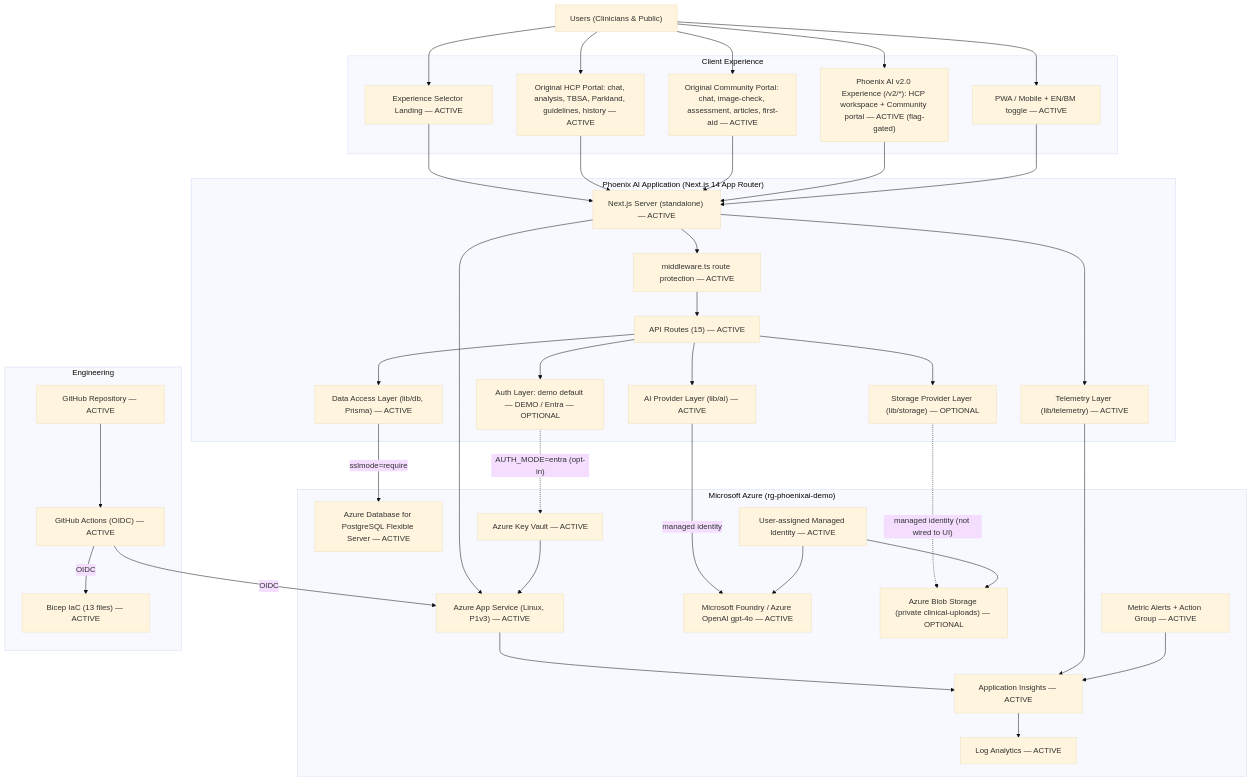
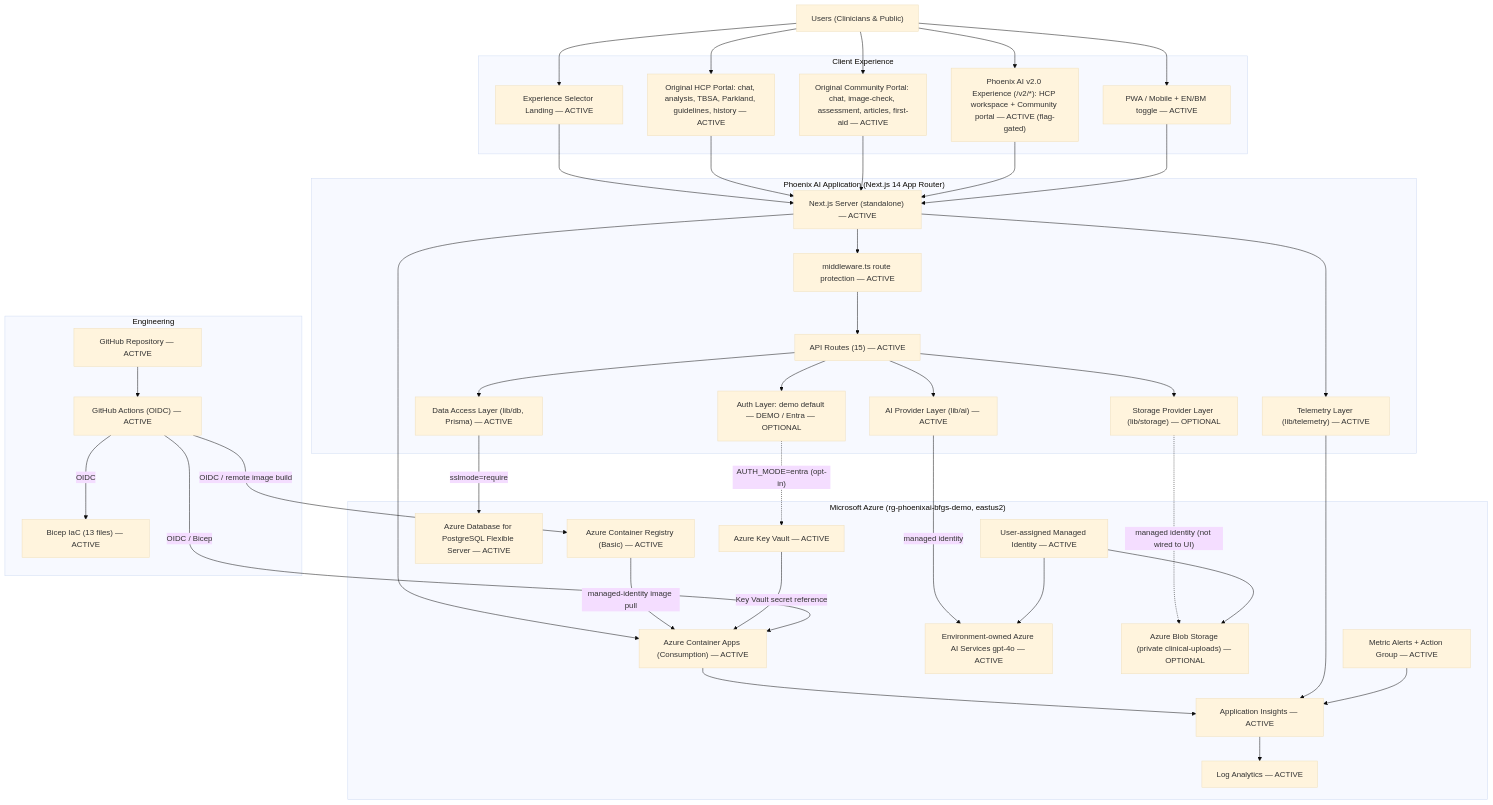
One commit to polyfuze4336-bot/phoenix-ai-azure changed the diagram in docs/architecture/current-architecture.md. Above: the diagram before and after it, drawn with Mermaid (base theme). The commit also changed other lines of this file and 31 other files, not shown here.

Commit message:
feat(azure): deploy Phoenix AI to Container Apps

````diff
--- a/docs/architecture/current-architecture.md
+++ b/docs/architecture/current-architecture.md
@@ -54,79 +55,82 @@
 ```mermaid
 flowchart TB
     Users["Users (Clinicians & Public)"]
 
     subgraph CLIENT["Client Experience"]
         Landing["Experience Selector Landing — ACTIVE"]
         HCP["Original HCP Portal: chat, analysis, TBSA, Parkland, guidelines, history — ACTIVE"]
         Community["Original Community Portal: chat, image-check, assessment, articles, first-aid — ACTIVE"]
         V2["Phoenix AI v2.0 Experience (/v2/*): HCP workspace + Community portal — ACTIVE (flag-gated)"]
         PWA["PWA / Mobile + EN/BM toggle — ACTIVE"]
     end
 
     subgraph APP["Phoenix AI Application (Next.js 14 App Router)"]
         Next["Next.js Server (standalone) — ACTIVE"]
         MW["middleware.ts route protection — ACTIVE"]
         API["API Routes (15) — ACTIVE"]
         Auth["Auth Layer: demo default — DEMO / Entra — OPTIONAL"]
         AIProvider["AI Provider Layer (lib/ai) — ACTIVE"]
         Data["Data Access Layer (lib/db, Prisma) — ACTIVE"]
         Storage["Storage Provider Layer (lib/storage) — OPTIONAL"]
         Telemetry["Telemetry Layer (lib/telemetry) — ACTIVE"]
     end
 
-    subgraph AZURE["Microsoft Azure (rg-phoenixai-demo)"]
-        AppService["Azure App Service (Linux, P1v3) — ACTIVE"]
-        Foundry["Microsoft Foundry / Azure OpenAI gpt-4o — ACTIVE"]
+    subgraph AZURE["Microsoft Azure (rg-phoenixai-bfgs-demo, eastus2)"]
+        ContainerApp["Azure Container Apps (Consumption) — ACTIVE"]
+        ACR["Azure Container Registry (Basic) — ACTIVE"]
+        Foundry["Environment-owned Azure AI Services gpt-4o — ACTIVE"]
         PostgreSQL["Azure Database for PostgreSQL Flexible Server — ACTIVE"]
         Blob["Azure Blob Storage (private clinical-uploads) — OPTIONAL"]
         KV["Azure Key Vault — ACTIVE"]
         MI["User-assigned Managed Identity — ACTIVE"]
         Insights["Application Insights — ACTIVE"]
         Logs["Log Analytics — ACTIVE"]
         Alerts["Metric Alerts + Action Group — ACTIVE"]
     end
 
     subgraph DEVOPS["Engineering"]
         GitHub["GitHub Repository — ACTIVE"]
         Actions["GitHub Actions (OIDC) — ACTIVE"]
         Bicep["Bicep IaC (13 files) — ACTIVE"]
     end
 
     Users --> Landing
     Users --> HCP
     Users --> Community
     Users --> V2
     Users --> PWA
 
     Landing --> Next
     HCP --> Next
     Community --> Next
     V2 --> Next
     PWA --> Next
 
     Next --> MW
     MW --> API
     API --> Auth
     API --> AIProvider
     API --> Data
     API --> Storage
     Next --> Telemetry
 
     AIProvider -->|"managed identity"| Foundry
     Data -->|"sslmode=require"| PostgreSQL
     Storage -.->|"managed identity (not wired to UI)"| Blob
     Auth -.->|"AUTH_MODE=entra (opt-in)"| KV
 
-    Next --> AppService
-    AppService --> Insights
+    Next --> ContainerApp
+    ACR -->|"managed-identity image pull"| ContainerApp
+    ContainerApp --> Insights
     Telemetry --> Insights
     Insights --> Logs
     Alerts --> Insights
-    KV --> AppService
+    KV -->|"Key Vault secret reference"| ContainerApp
     MI --> Foundry
     MI --> Blob
 
     GitHub --> Actions
     Actions -->|"OIDC"| Bicep
-    Actions -->|"OIDC"| AppService
+    Actions -->|"OIDC / remote image build"| ACR
+    Actions -->|"OIDC / Bicep"| ContainerApp
 ```
````
